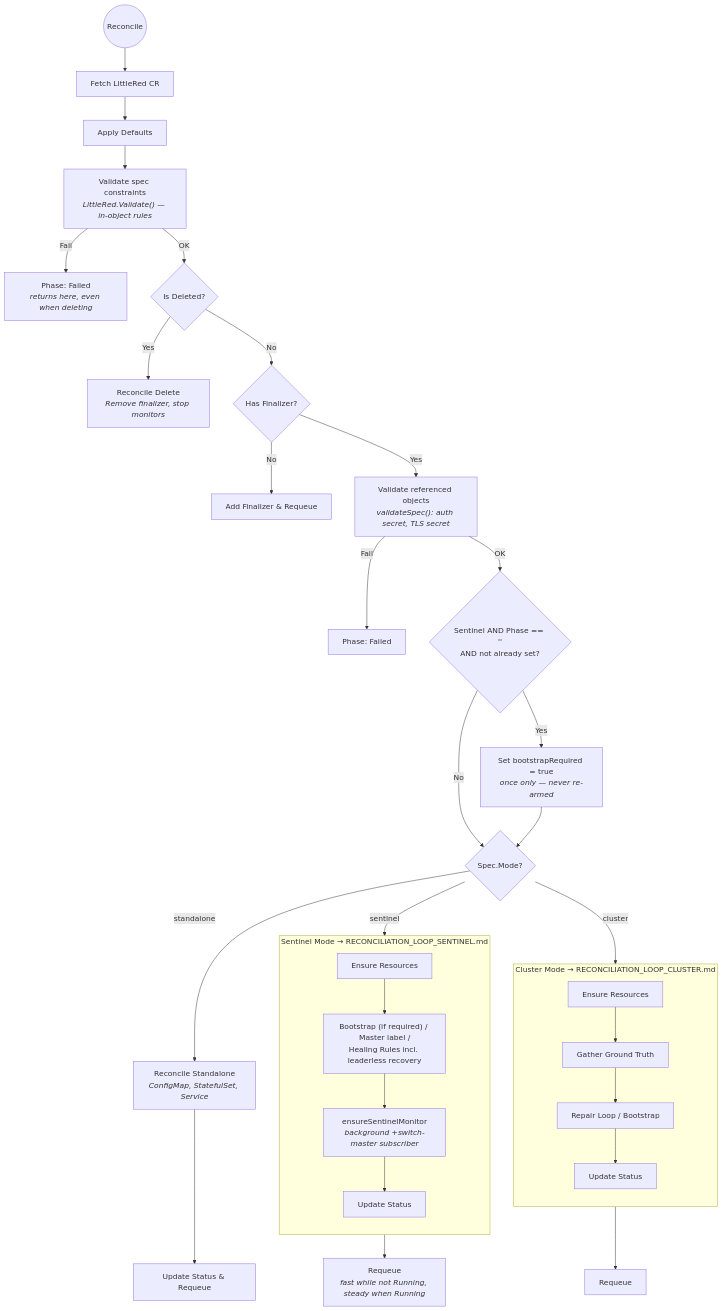
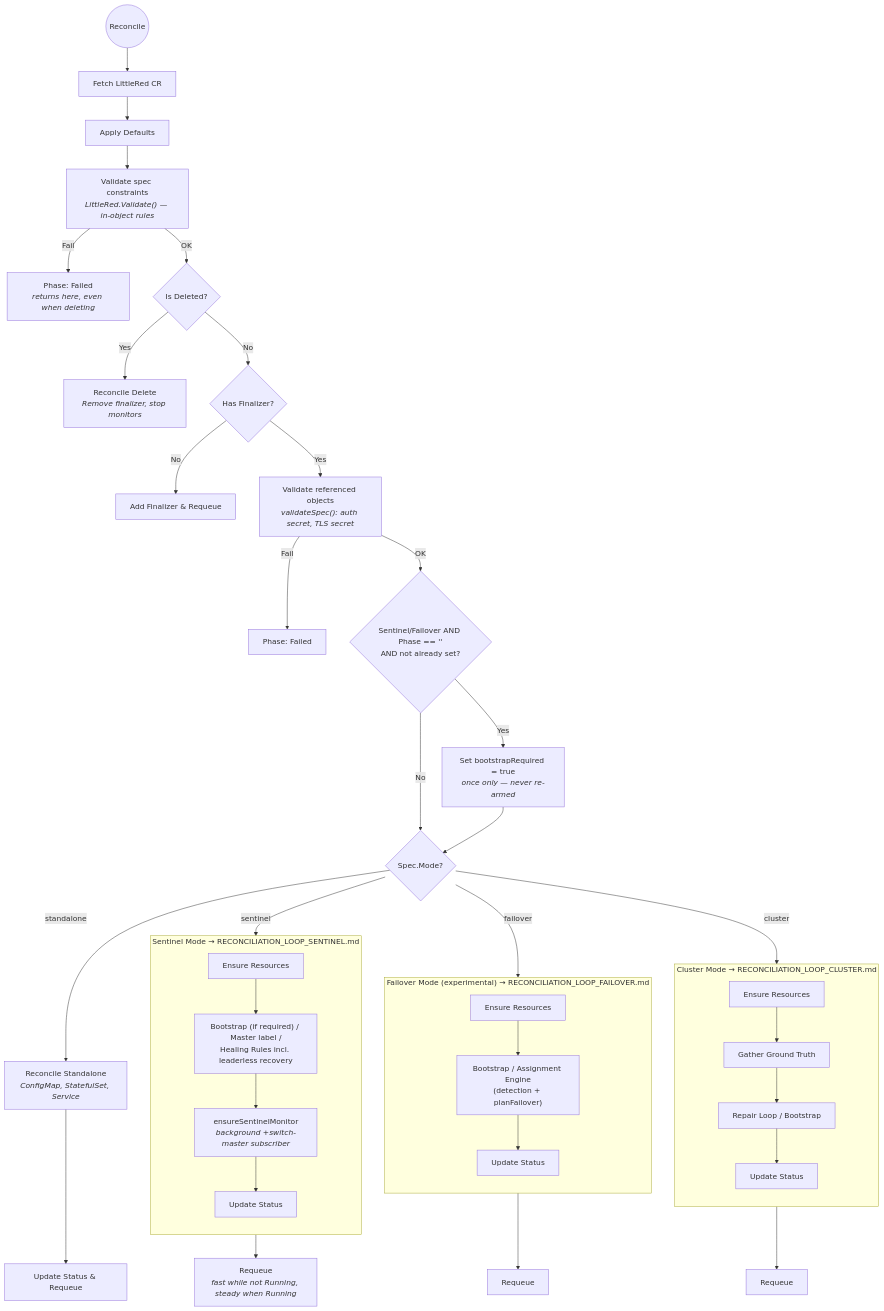
One commit to chuck-chuck-chuck-net/littlered changed the diagram in docs/RECONCILIATION_LOOP.md. Above: the diagram before and after it, drawn with Mermaid. The commit also changed other lines of this file and 10 other files, not shown here.

First line of the commit message:
docs(failover): full documentation pass for mode failover (ADR-011)

````diff
--- a/docs/RECONCILIATION_LOOP.md
+++ b/docs/RECONCILIATION_LOOP.md
@@ -23,52 +24,64 @@
 ```mermaid
 graph TD
     Start((Reconcile)) --> FetchCR[Fetch LittleRed CR]
     FetchCR --> ApplyDefaults[Apply Defaults]
     ApplyDefaults --> ValidateEarly["Validate spec constraints<br/><i>LittleRed.Validate() — in-object rules</i>"]
 
     ValidateEarly -- Fail --> SetFailedEarly["Phase: Failed<br/><i>returns here, even when deleting</i>"]
     ValidateEarly -- OK --> IsDeleted{Is Deleted?}
 
     IsDeleted -- Yes --> Cleanup["Reconcile Delete<br/><i>Remove finalizer, stop monitors</i>"]
     IsDeleted -- No --> HasFinalizer{Has Finalizer?}
 
     HasFinalizer -- No --> AddFinalizer[Add Finalizer & Requeue]
     HasFinalizer -- Yes --> Validate["Validate referenced objects<br/><i>validateSpec(): auth secret, TLS secret</i>"]
 
     Validate -- Fail --> SetFailed[Phase: Failed]
-    Validate -- OK --> InitBootstrap{"Sentinel AND Phase == ''<br/>AND not already set?"}
+    Validate -- OK --> InitBootstrap{"Sentinel/Failover AND Phase == ''<br/>AND not already set?"}
 
     InitBootstrap -- Yes --> SetBootstrap["Set bootstrapRequired = true<br/><i>once only — never re-armed</i>"]
     InitBootstrap -- No --> ModeSwitch
     SetBootstrap --> ModeSwitch{Spec.Mode?}
 
     %% Standalone
     ModeSwitch -- standalone --> StandaloneFlow["Reconcile Standalone<br/><i>ConfigMap, StatefulSet, Service</i>"]
     StandaloneFlow --> StandaloneStatus["Update Status & Requeue"]
 
     %% Sentinel
     ModeSwitch -- sentinel --> SentinelBox
 
     subgraph SentinelBox ["Sentinel Mode  → RECONCILIATION_LOOP_SENTINEL.md"]
         direction TB
         SentinelRes["Ensure Resources"]
         SentinelRes --> SentinelBoot["Bootstrap (if required) / Master label /<br/>Healing Rules incl. leaderless recovery"]
         SentinelBoot --> SentinelMon["ensureSentinelMonitor<br/><i>background +switch-master subscriber</i>"]
         SentinelMon --> SentinelStatus["Update Status"]
     end
 
     SentinelBox --> SentinelRequeue["Requeue<br/><i>fast while not Running, steady when Running</i>"]
 
+    %% Failover (experimental)
+    ModeSwitch -- failover --> FailoverBox
+
+    subgraph FailoverBox ["Failover Mode (experimental)  → RECONCILIATION_LOOP_FAILOVER.md"]
+        direction TB
+        FailoverRes["Ensure Resources"]
+        FailoverRes --> FailoverEngine["Bootstrap / Assignment Engine<br/>(detection + planFailover)"]
+        FailoverEngine --> FailoverStatus["Update Status"]
+    end
+
+    FailoverBox --> FailoverRequeue["Requeue"]
+
     %% Cluster
     ModeSwitch -- cluster --> ClusterBox
 
     subgraph ClusterBox ["Cluster Mode  → RECONCILIATION_LOOP_CLUSTER.md"]
         direction TB
         ClusterRes["Ensure Resources"]
         ClusterRes --> ClusterGT["Gather Ground Truth"]
         ClusterGT --> ClusterRepair["Repair Loop / Bootstrap"]
         ClusterRepair --> ClusterStatus["Update Status"]
     end
 
     ClusterBox --> ClusterRequeue["Requeue"]
 ```
````
